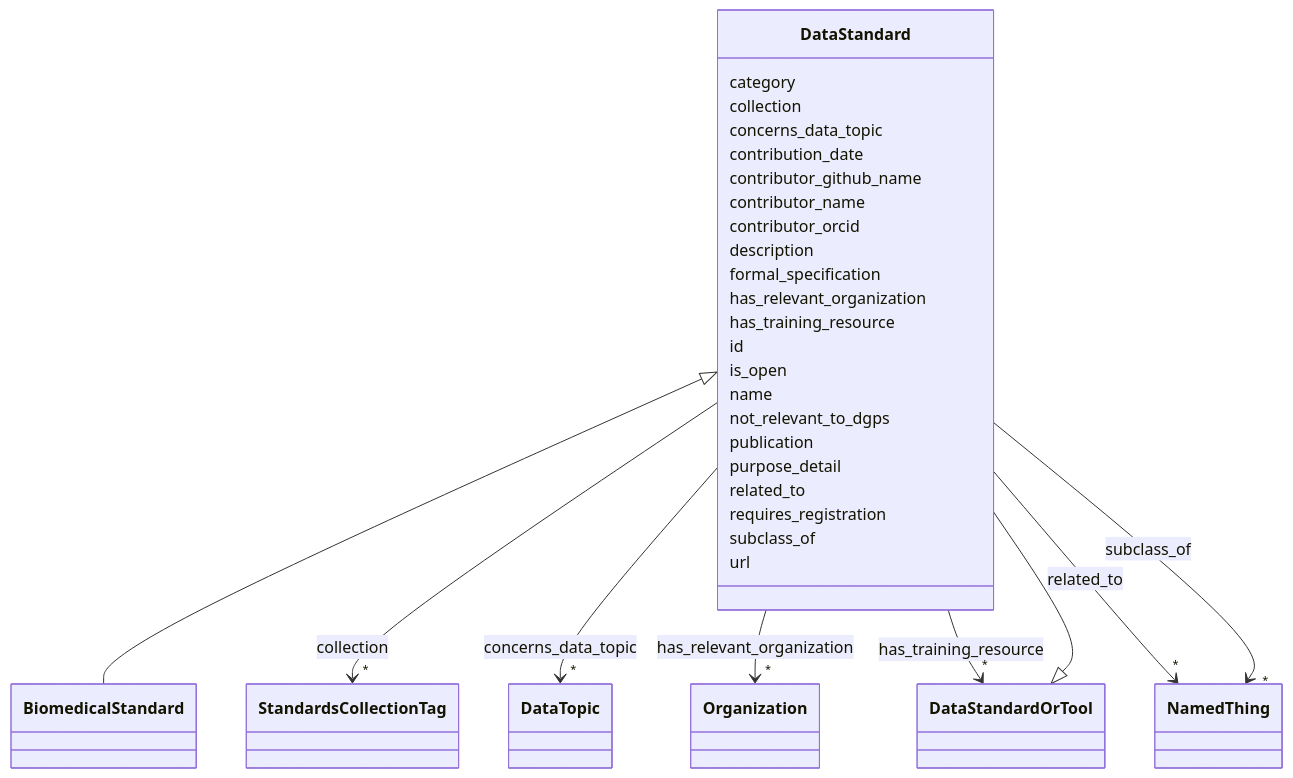
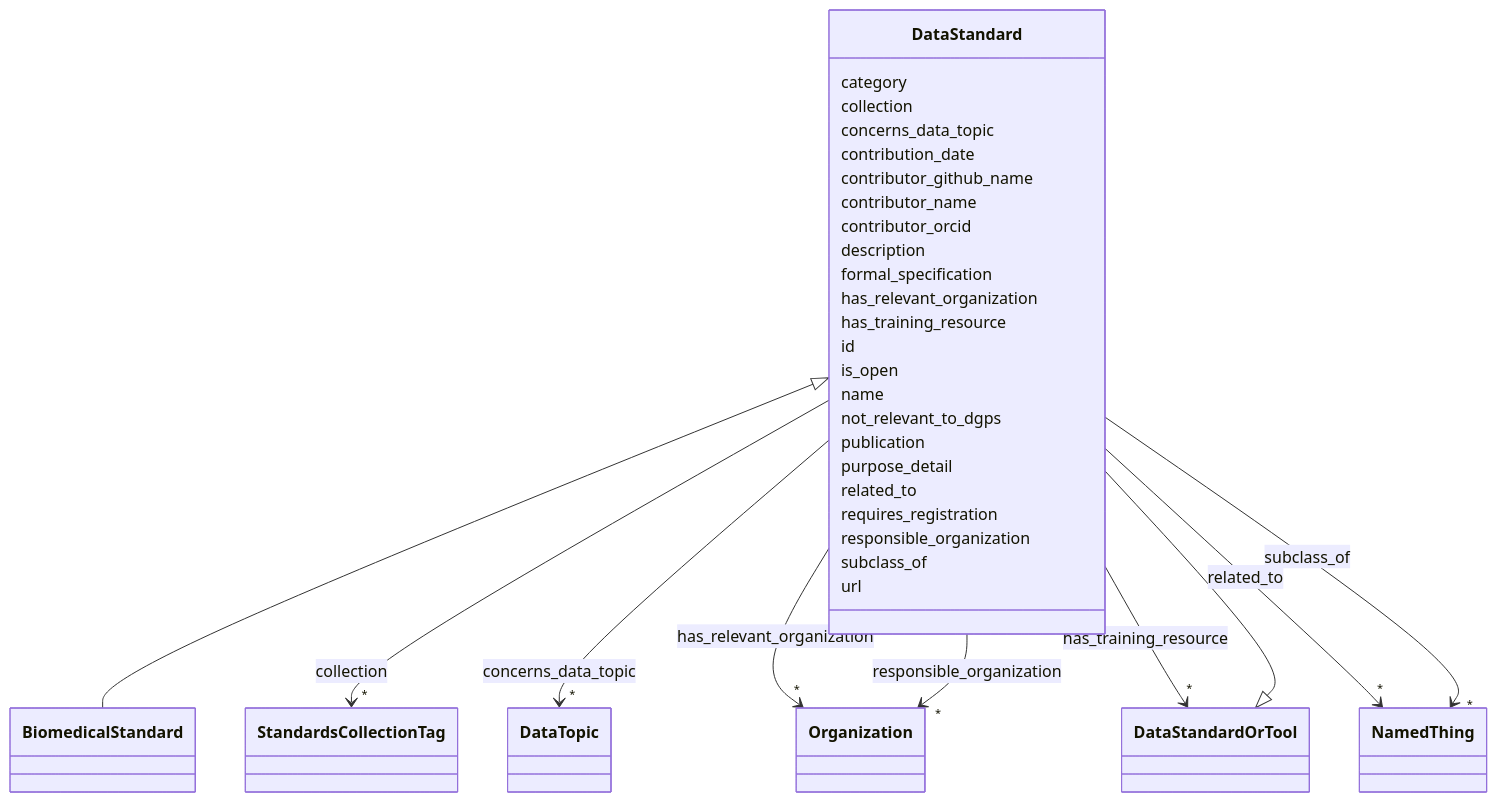
Before and after one commit to bridge2ai/standards-schemas: the diagram in docs/DataStandard.md, drawn with Mermaid. The commit also changed other lines of this file and 37 other files, not shown here.

```diff
--- a/docs/DataStandard.md
+++ b/docs/DataStandard.md
@@ -101,6 +101,15 @@
         
       DataStandard : requires_registration
         
+      DataStandard : responsible_organization
+        
+          
+    
+    
+    DataStandard --> "*" Organization : responsible_organization
+    click Organization href "../Organization"
+
+        
       DataStandard : subclass_of
         
           
```
